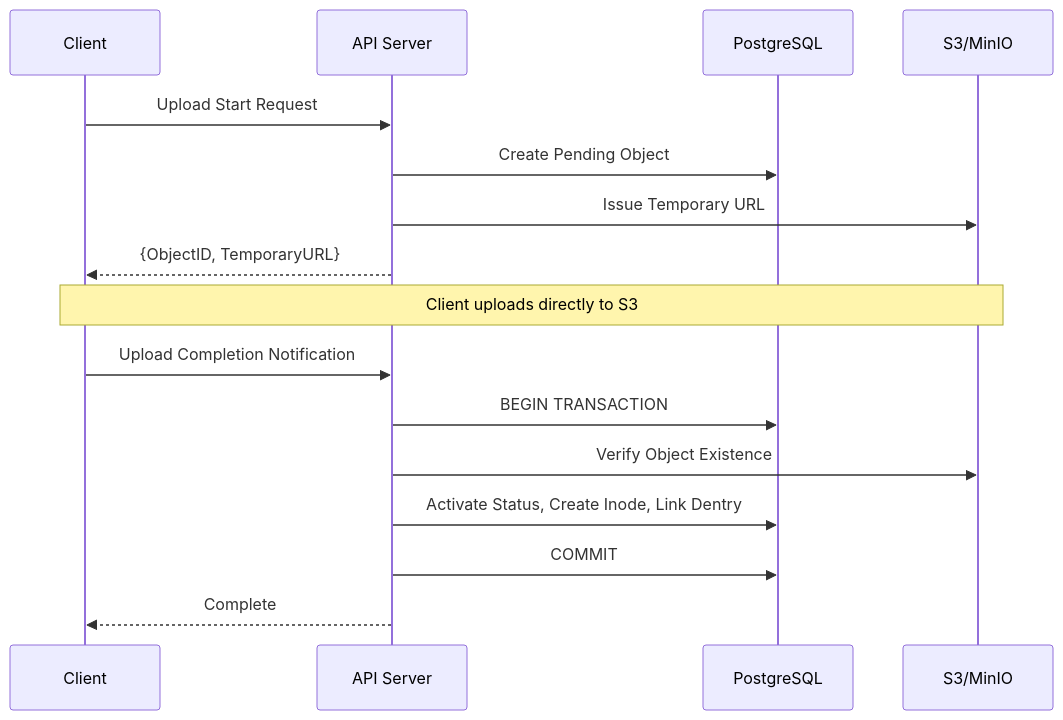
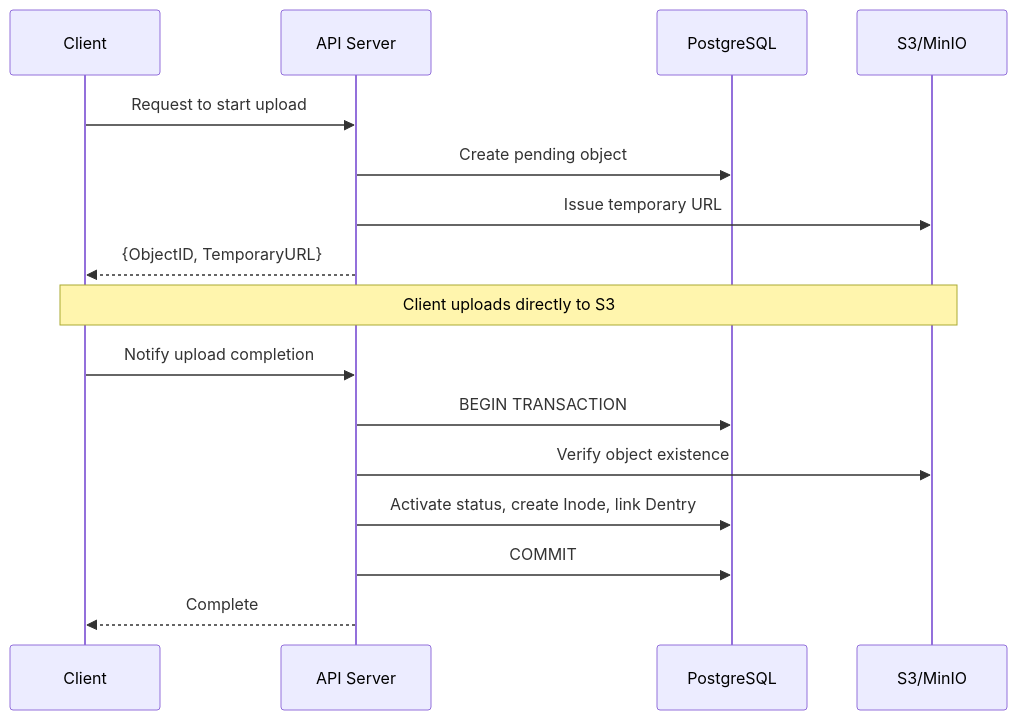
One commit to mandacode-labs/mandacode-devs changed the second of 2 diagrams in src/content/blog/en/retrowin-deep-dive.md. Above: the diagram before and after it, drawn with Mermaid. The commit also changed other lines of this file and 4 other files, not shown here.

````diff
--- a/src/content/blog/en/retrowin-deep-dive.md
+++ b/src/content/blog/en/retrowin-deep-dive.md
@@ -48,21 +47,21 @@
 ```mermaid
 sequenceDiagram
     participant Client as Client
     participant API as API Server
     participant DB as PostgreSQL
     participant S3 as S3/MinIO
 
-    Client->>API: Upload Start Request
-    API->>DB: Create Pending Object
-    API->>S3: Issue Temporary URL
+    Client->>API: Request to start upload
+    API->>DB: Create pending object
+    API->>S3: Issue temporary URL
     API-->>Client: {ObjectID, TemporaryURL}
 
     Note over Client,S3: Client uploads directly to S3
 
-    Client->>API: Upload Completion Notification
+    Client->>API: Notify upload completion
     API->>DB: BEGIN TRANSACTION
-    API->>S3: Verify Object Existence
-    API->>DB: Activate Status, Create Inode, Link Dentry
+    API->>S3: Verify object existence
+    API->>DB: Activate status, create Inode, link Dentry
     API->>DB: COMMIT
     API-->>Client: Complete
 ```
````
